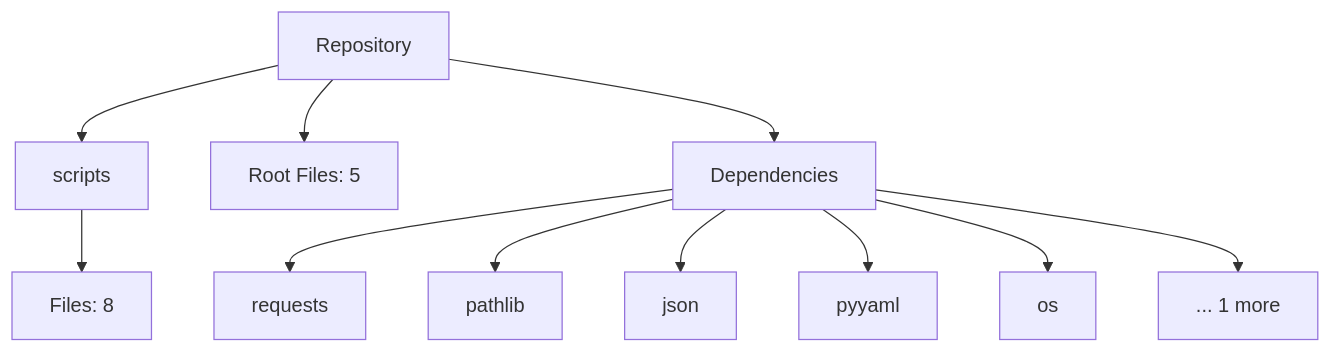
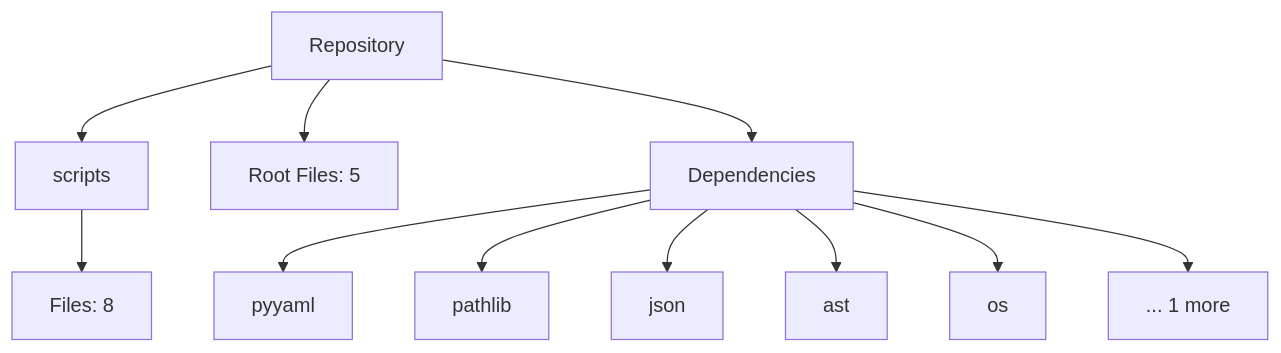
The diagram in README.md (NITISH-R-G/Smart-Task-Tracker-macOS-Dark-Edition-), drawn with Mermaid before and after one commit. The commit also changed 4 other files, not shown here.

Commit message:
docs(auto): Automatically update repository architecture and README

````diff
--- a/README.md
+++ b/README.md
@@ -17,15 +17,15 @@
 ```mermaid
 graph TD
     Root[Repository]
     Root --> scripts[scripts]
     scripts --> scripts_files[Files: 8]
     Root --> Root_files[Root Files: 5]
     Root --> Deps[Dependencies]
-    Deps --> requests[requests]
+    Deps --> pyyaml[pyyaml]
     Deps --> pathlib[pathlib]
     Deps --> json[json]
-    Deps --> pyyaml[pyyaml]
+    Deps --> ast[ast]
     Deps --> os[os]
     Deps --> MoreDeps[... 1 more]
 
 ```
````
